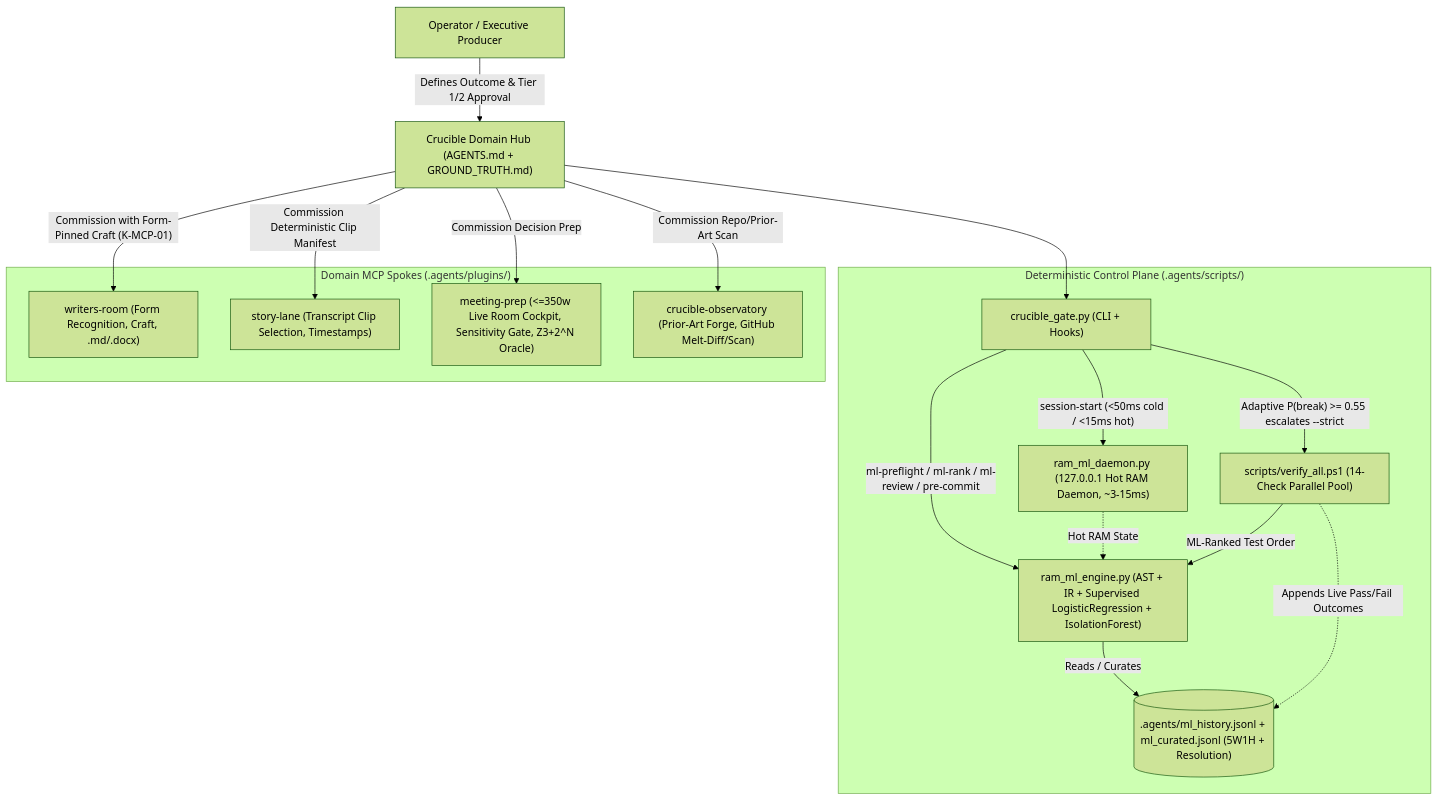
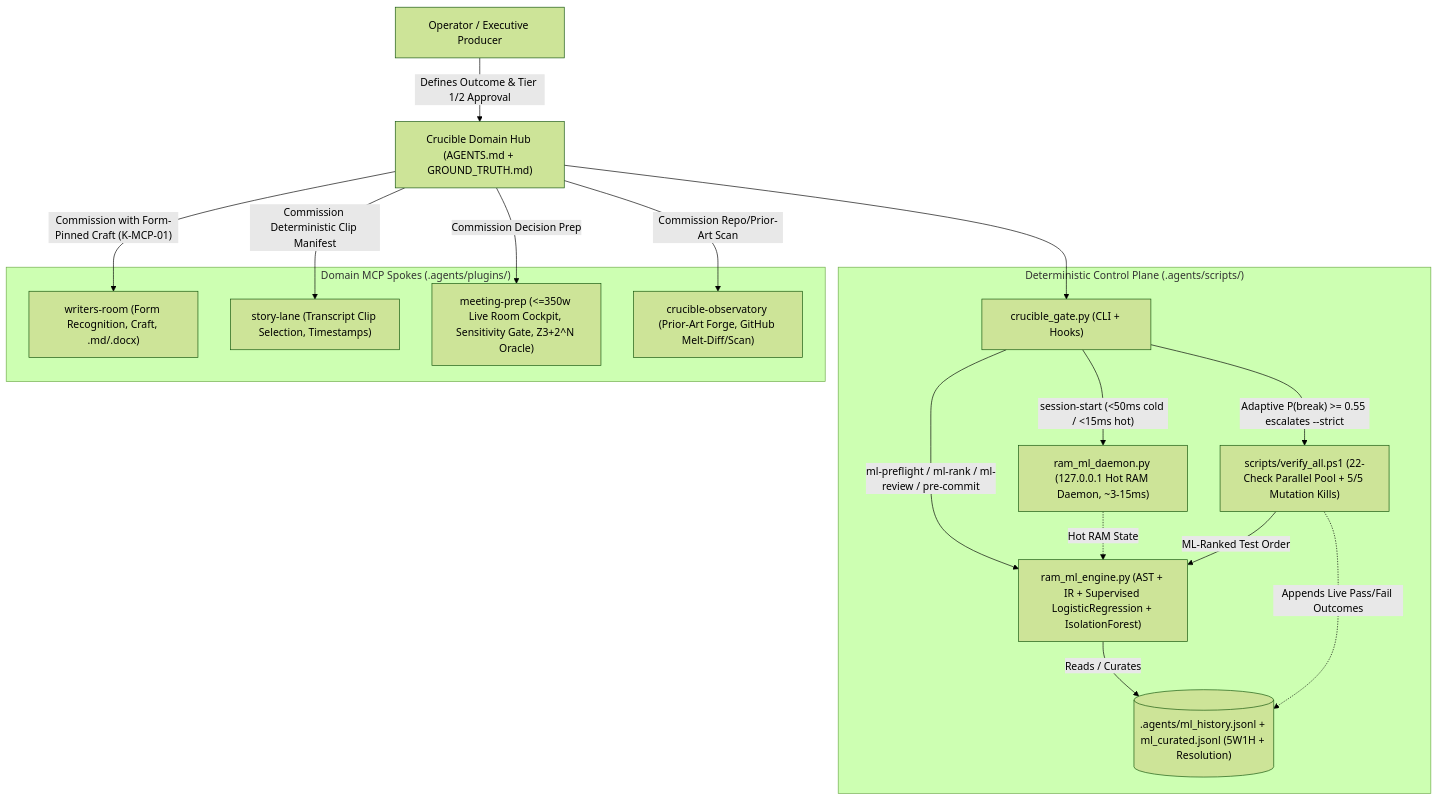
The first of 2 diagrams in Graphs/04_InRAM_ML_and_Control_Plane_Architecture.md (guarani-ux/Crucible-Domain), drawn with Mermaid (forest theme) before and after one commit. The commit also changed other lines of this file and 18 other files, not shown here.

Commit message:
chore(clean-sweep): unify Turn-0 surface, canonical docs, Graphs 00-04, and portable capability_map

````diff
--- a/Graphs/04_InRAM_ML_and_Control_Plane_Architecture.md
+++ b/Graphs/04_InRAM_ML_and_Control_Plane_Architecture.md
@@ -18,33 +18,33 @@
 ```mermaid
 flowchart TD
     OP["Operator / Executive Producer"] -->|"Defines Outcome & Tier 1/2 Approval"| HUB["Crucible Domain Hub (AGENTS.md + GROUND_TRUTH.md)"]
 
     subgraph CP["Deterministic Control Plane (.agents/scripts/)"]
         GATE["crucible_gate.py (CLI + Hooks)"]
         ML["ram_ml_engine.py (AST + IR + Supervised LogisticRegression + IsolationForest)"]
         DAEMON["ram_ml_daemon.py (127.0.0.1 Hot RAM Daemon, ~3-15ms)"]
-        VERIFY["scripts/verify_all.ps1 (14-Check Parallel Pool)"]
+        VERIFY["scripts/verify_all.ps1 (22-Check Parallel Pool + 5/5 Mutation Kills)"]
         LEDGER[(".agents/ml_history.jsonl + ml_curated.jsonl (5W1H + Resolution)")]
     end
 
     subgraph SPOKES["Domain MCP Spokes (.agents/plugins/)"]
         WR["writers-room (Form Recognition, Craft, .md/.docx)"]
         SL["story-lane (Transcript Clip Selection, Timestamps)"]
         MP["meeting-prep (<=350w Live Room Cockpit, Sensitivity Gate, Z3+2^N Oracle)"]
         CO["crucible-observatory (Prior-Art Forge, GitHub Melt-Diff/Scan)"]
     end
 
     HUB --> GATE
     GATE -->|"session-start (<50ms cold / <15ms hot)"| DAEMON
     GATE -->|"ml-preflight / ml-rank / ml-review / pre-commit"| ML
     DAEMON -.->|"Hot RAM State"| ML
     ML -->|"Reads / Curates"| LEDGER
     GATE -->|"Adaptive P(break) >= 0.55 escalates --strict"| VERIFY
     VERIFY -->|"ML-Ranked Test Order"| ML
     VERIFY -.->|"Appends Live Pass/Fail Outcomes"| LEDGER
 
     HUB -->|"Commission with Form-Pinned Craft (K-MCP-01)"| WR
     HUB -->|"Commission Deterministic Clip Manifest"| SL
     HUB -->|"Commission Decision Prep"| MP
     HUB -->|"Commission Repo/Prior-Art Scan"| CO
 ```
````
